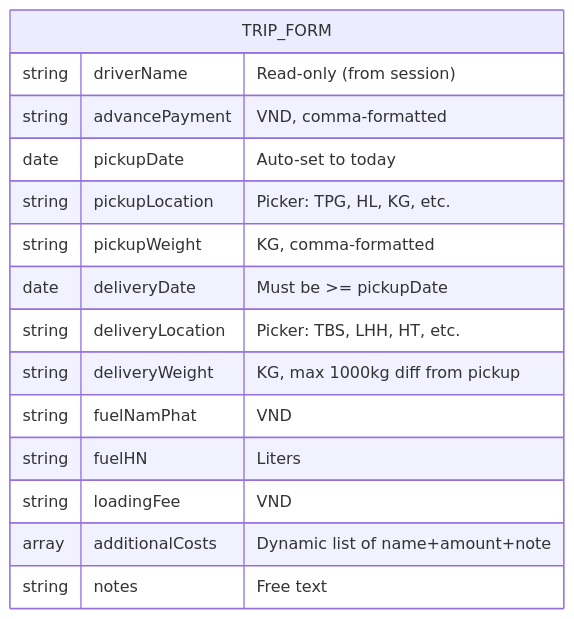
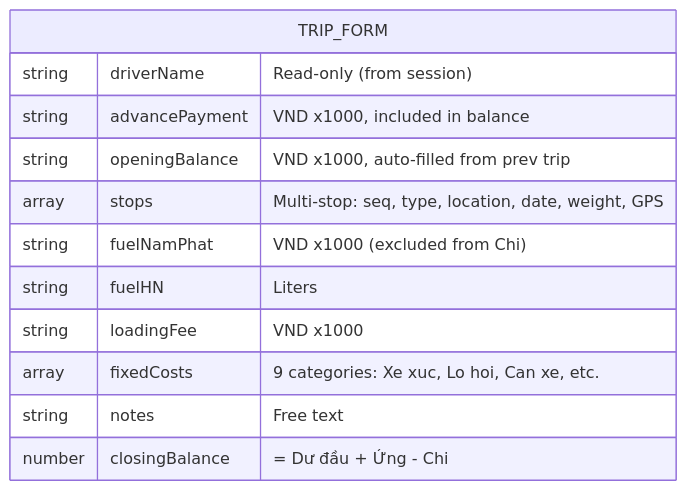
One commit to maiduydung/TruckerMobile changed the third of 5 diagrams in README.md. Above: the diagram before and after it, drawn with Mermaid. The commit also changed other lines of this file and 6 other files, not shown here.

First line of the commit message:
Add balance chaining and trip list day grouping

````diff
--- a/README.md
+++ b/README.md
@@ -53,18 +53,15 @@
 ```mermaid
 erDiagram
     TRIP_FORM {
         string driverName "Read-only (from session)"
-        string advancePayment "VND, comma-formatted"
-        date pickupDate "Auto-set to today"
-        string pickupLocation "Picker: TPG, HL, KG, etc."
-        string pickupWeight "KG, comma-formatted"
-        date deliveryDate "Must be >= pickupDate"
-        string deliveryLocation "Picker: TBS, LHH, HT, etc."
-        string deliveryWeight "KG, max 1000kg diff from pickup"
-        string fuelNamPhat "VND"
+        string advancePayment "VND x1000, included in balance"
+        string openingBalance "VND x1000, auto-filled from prev trip"
+        array stops "Multi-stop: seq, type, location, date, weight, GPS"
+        string fuelNamPhat "VND x1000 (excluded from Chi)"
         string fuelHN "Liters"
-        string loadingFee "VND"
-        array additionalCosts "Dynamic list of name+amount+note"
+        string loadingFee "VND x1000"
+        array fixedCosts "9 categories: Xe xuc, Lo hoi, Can xe, etc."
         string notes "Free text"
+        number closingBalance "= Dư đầu + Ứng - Chi"
     }
 ```
````
